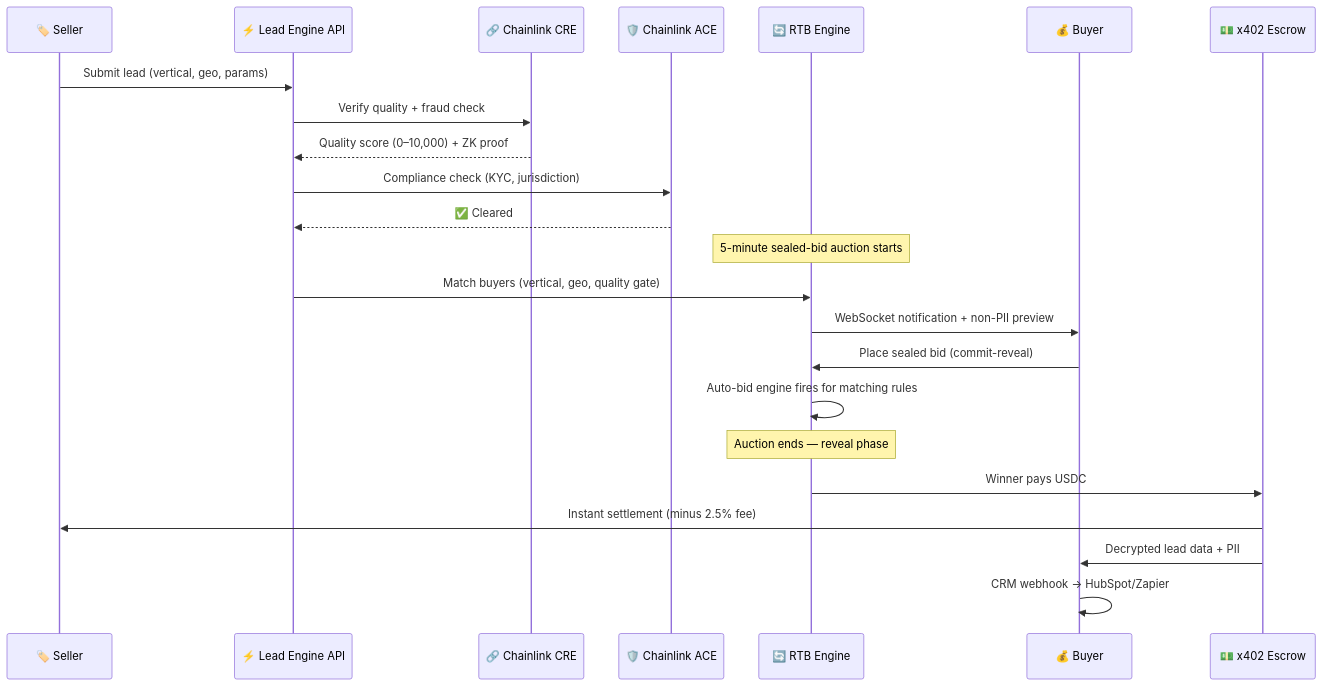
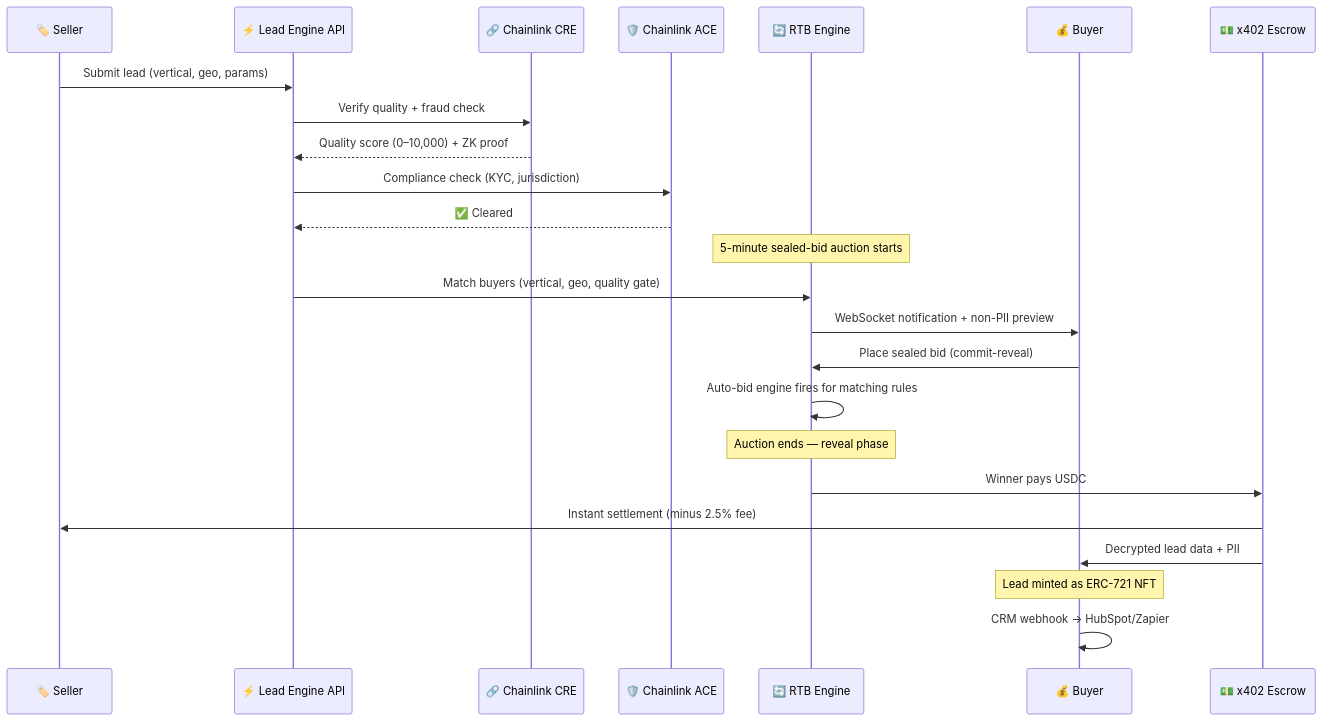
Before and after one commit to bnmbnmai/lead-engine-cre: the first of 2 diagrams in README.md, drawn with Mermaid. The commit also changed other lines of this file and 14 other files, not shown here.

````diff
--- a/README.md
+++ b/README.md
@@ -35,30 +39,31 @@
 ```mermaid
 sequenceDiagram
     participant Seller as 🏷️ Seller
     participant API as ⚡ Lead Engine API
     participant CRE as 🔗 Chainlink CRE
     participant ACE as 🛡️ Chainlink ACE
     participant RTB as 🔄 RTB Engine
     participant Buyer as 💰 Buyer
     participant Escrow as 💵 x402 Escrow
 
     Seller->>API: Submit lead (vertical, geo, params)
     API->>CRE: Verify quality + fraud check
     CRE-->>API: Quality score (0–10,000) + ZK proof
     API->>ACE: Compliance check (KYC, jurisdiction)
     ACE-->>API: ✅ Cleared
 
     Note over RTB: 5-minute sealed-bid auction starts
 
     API->>RTB: Match buyers (vertical, geo, quality gate)
     RTB->>Buyer: WebSocket notification + non-PII preview
     Buyer->>RTB: Place sealed bid (commit-reveal)
     RTB->>RTB: Auto-bid engine fires for matching rules
 
     Note over RTB: Auction ends — reveal phase
 
     RTB->>Escrow: Winner pays USDC
     Escrow->>Seller: Instant settlement (minus 2.5% fee)
     Escrow->>Buyer: Decrypted lead data + PII
+    Note over Buyer: Lead minted as ERC-721 NFT
     Buyer->>Buyer: CRM webhook → HubSpot/Zapier
 ```
````
